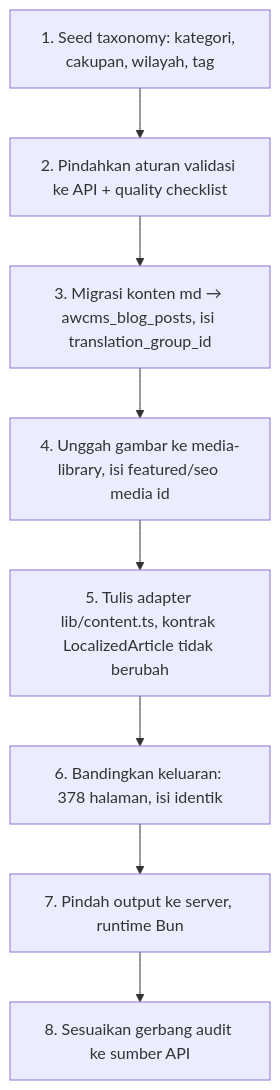
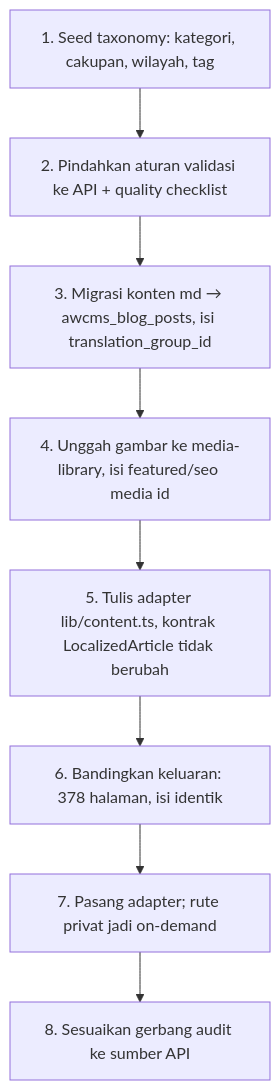
The second of 2 diagrams in docs/awcms-astro/integrasi-awcms.md (ahliweb/awcms-astro), drawn with Mermaid before and after one commit. The commit also changed other lines of this file and 31 other files, not shown here.

First line of the commit message:
chore(runtime): pindah ke Bun + blueprint experience layer Jualanku (ADR-0014, ADR-0015) (#9)

````diff
--- a/docs/awcms-astro/integrasi-awcms.md
+++ b/docs/awcms-astro/integrasi-awcms.md
@@ -155,10 +155,10 @@
 ```mermaid
 flowchart TD
   A["1. Seed taxonomy: kategori, cakupan, wilayah, tag"] --> B["2. Pindahkan aturan validasi ke API + quality checklist"]
   B --> C["3. Migrasi konten md → awcms_blog_posts, isi translation_group_id"]
   C --> D["4. Unggah gambar ke media-library, isi featured/seo media id"]
   D --> E["5. Tulis adapter lib/content.ts, kontrak LocalizedArticle tidak berubah"]
   E --> F["6. Bandingkan keluaran: 378 halaman, isi identik"]
-  F --> G["7. Pindah output ke server, runtime Bun"]
+  F --> G["7. Pasang adapter; rute privat jadi on-demand"]
   G --> H["8. Sesuaikan gerbang audit ke sumber API"]
 ```
````
